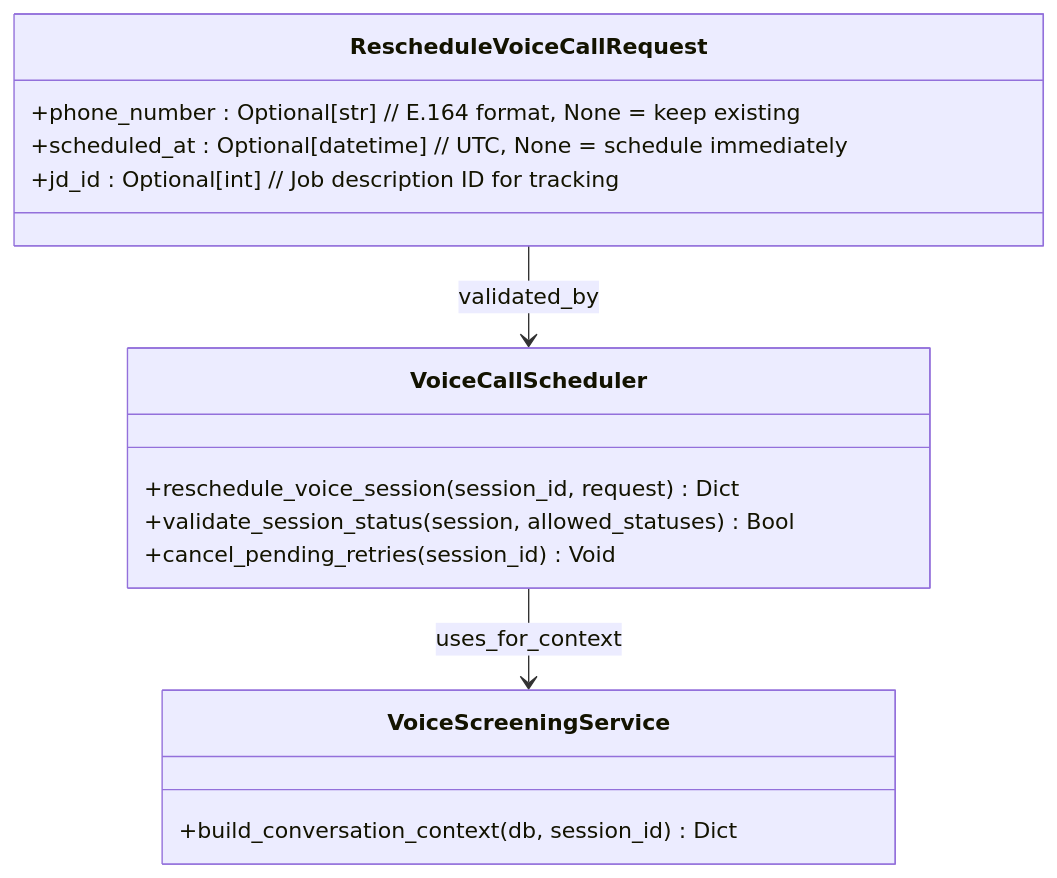
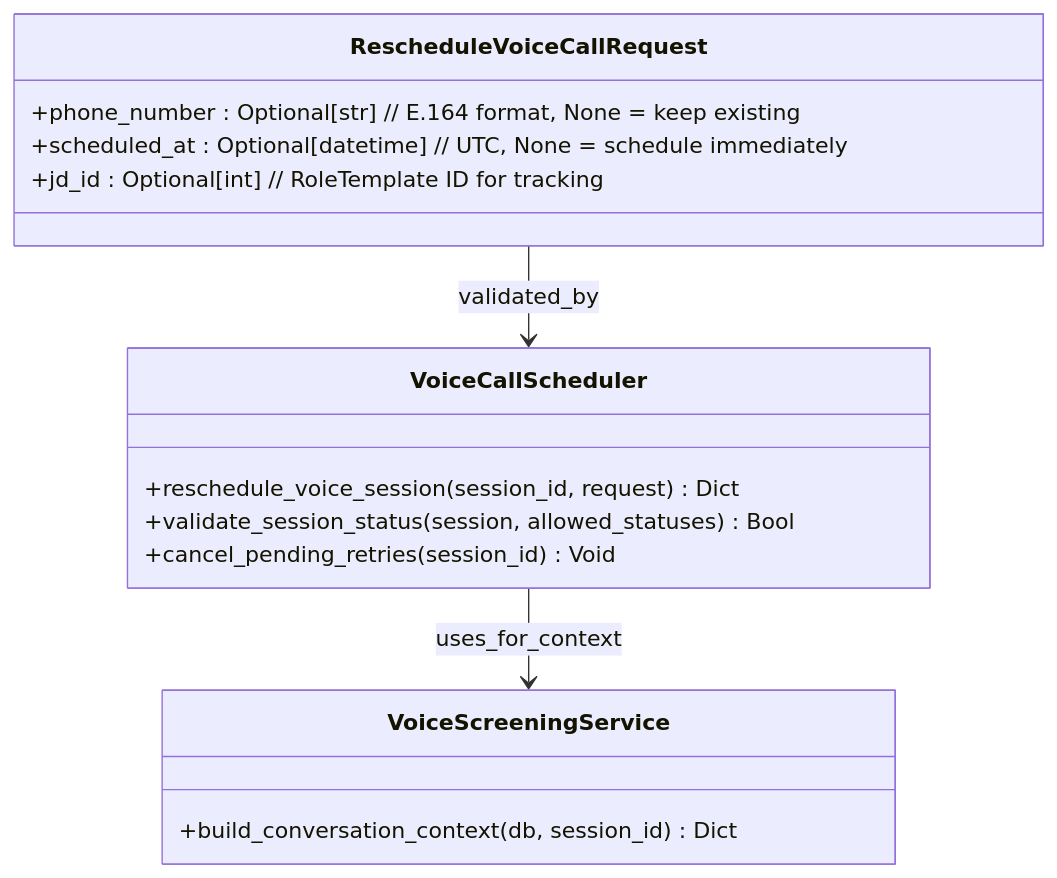
Before and after one commit to Revanththetalogics/aireume: the seventh of 9 diagrams in .qoder/repowiki/en/content/API Reference/Voice Screening System.md, drawn with Mermaid. The commit also changed other lines of this file and 9 other files, not shown here.

````diff
--- a/.qoder/repowiki/en/content/API Reference/Voice Screening System.md
+++ b/.qoder/repowiki/en/content/API Reference/Voice Screening System.md
@@ -692,18 +691,18 @@
 ```mermaid
 classDiagram
 class RescheduleVoiceCallRequest {
 +phone_number : Optional[str] // E.164 format, None = keep existing
 +scheduled_at : Optional[datetime] // UTC, None = schedule immediately
-+jd_id : Optional[int] // Job description ID for tracking
++jd_id : Optional[int] // RoleTemplate ID for tracking
 }
 class VoiceCallScheduler {
 +reschedule_voice_session(session_id, request) Dict
 +validate_session_status(session, allowed_statuses) Bool
 +cancel_pending_retries(session_id) Void
 }
 class VoiceScreeningService {
 +build_conversation_context(db, session_id) Dict
 }
 RescheduleVoiceCallRequest --> VoiceCallScheduler : validated_by
 VoiceCallScheduler --> VoiceScreeningService : uses_for_context
 ```
````
